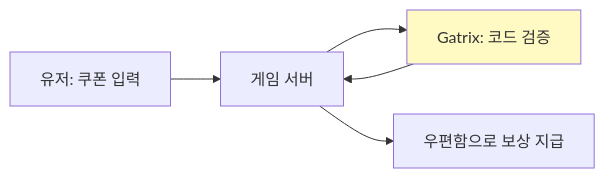
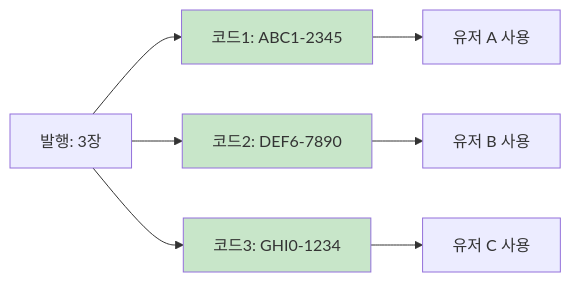
Before and after one commit to maxidea1024/gatrix: the first of 5 diagrams in manual/ko/09-coupons.md, drawn with Mermaid. The commit also changed other lines of this file and 30 other files, not shown here.

````diff
--- a/manual/ko/09-coupons.md
+++ b/manual/ko/09-coupons.md
@@ -70,9 +69,14 @@
 ```mermaid
 flowchart LR
-    A[유저: 쿠폰 입력] --> B[게임 서버]
-    B --> C[Gatrix: 코드 검증]
-    C --> B
-    B --> D[우편함으로 보상 지급]
+    A[발행: 3장] --> B[코드1: ABC1-2345]
+    A --> C[코드2: DEF6-7890]
+    A --> D[코드3: GHI0-1234]
     
-    style C fill:#fff9c4
+    B --> E[유저 A 사용]
+    C --> F[유저 B 사용]
+    D --> G[유저 C 사용]
+    
+    style B fill:#c8e6c9
+    style C fill:#c8e6c9
+    style D fill:#c8e6c9
 ```
````
